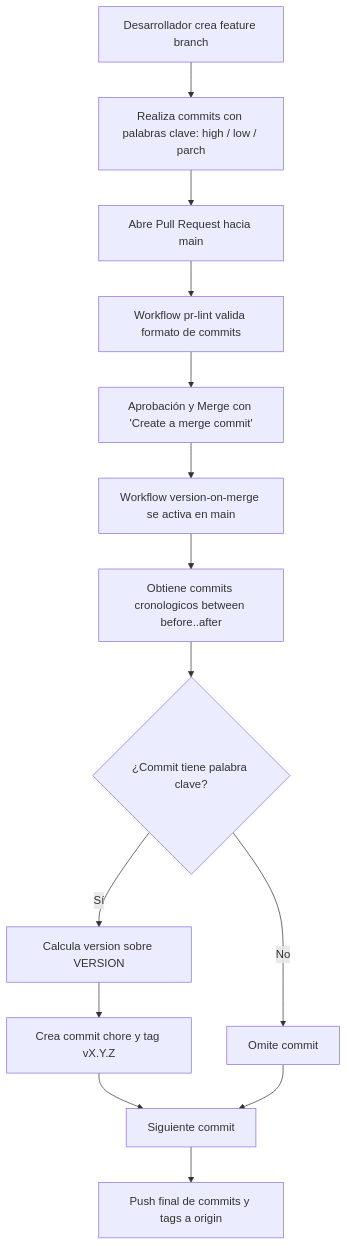
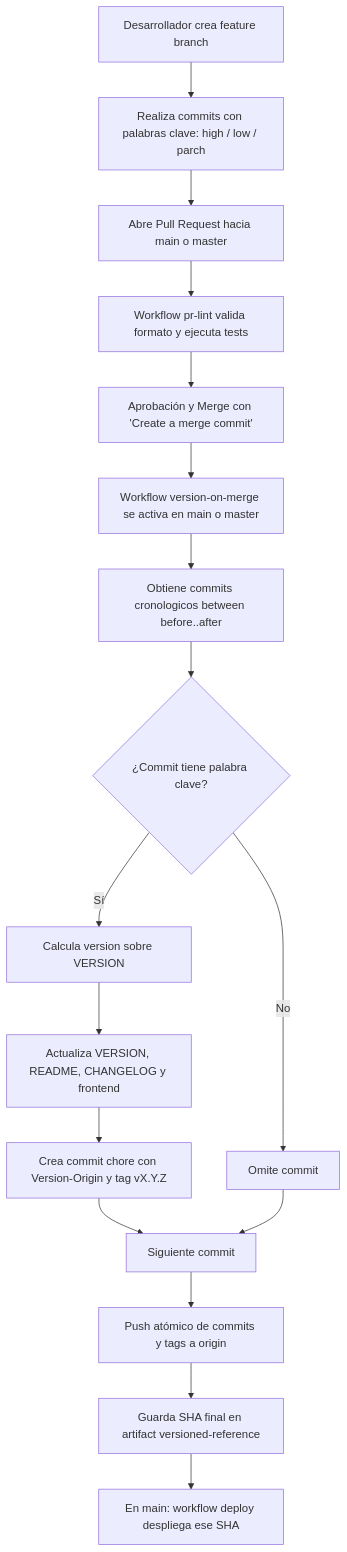
The diagram in README.md (Patrick750/versionamiento), drawn with Mermaid before and after one commit. The commit also changed other lines of this file and 11 other files, not shown here.

````diff
--- a/README.md
+++ b/README.md
@@ -49,16 +48,19 @@
 ```mermaid
 flowchart TD
     A[Desarrollador crea feature branch] --> B[Realiza commits con palabras clave: high / low / parch]
-    B --> C[Abre Pull Request hacia main]
-    C --> D[Workflow pr-lint valida formato de commits]
+    B --> C[Abre Pull Request hacia main o master]
+    C --> D[Workflow pr-lint valida formato y ejecuta tests]
     D --> E[Aprobación y Merge con 'Create a merge commit']
-    E --> F[Workflow version-on-merge se activa en main]
+    E --> F[Workflow version-on-merge se activa en main o master]
     F --> G[Obtiene commits cronologicos between before..after]
     G --> H{¿Commit tiene palabra clave?}
     H -- Sí --> I[Calcula version sobre VERSION]
-    I --> J[Crea commit chore y tag vX.Y.Z]
-    H -- No --> K[Omite commit]
-    J --> L[Siguiente commit]
-    K --> L
-    L --> M[Push final de commits y tags a origin]
+    I --> J[Actualiza VERSION, README, CHANGELOG y frontend]
+    J --> K[Crea commit chore con Version-Origin y tag vX.Y.Z]
+    H -- No --> L[Omite commit]
+    K --> M[Siguiente commit]
+    L --> M
+    M --> N[Push atómico de commits y tags a origin]
+    N --> O[Guarda SHA final en artifact versioned-reference]
+    O --> P[En main: workflow deploy despliega ese SHA]
 ```
````
